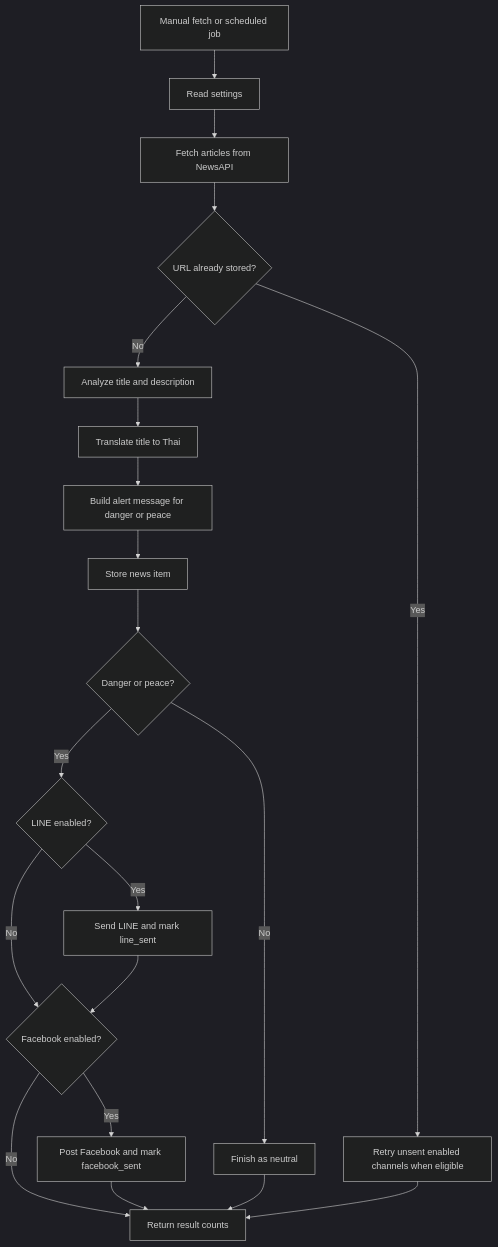
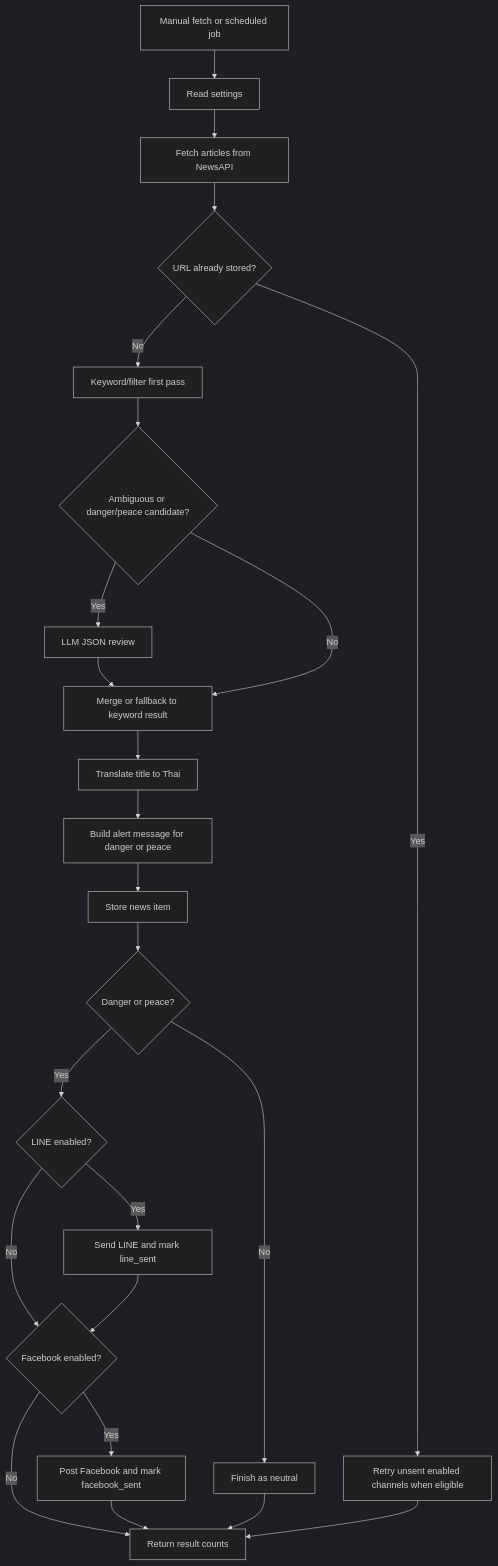
One commit to githubsupakron/war-alert-bot changed the third of 3 diagrams in docs/3_design document.md. Above: the diagram before and after it, drawn with Mermaid (dark theme). The commit also changed other lines of this file and 21 other files, not shown here.

````diff
--- a/docs/3_design document.md
+++ b/docs/3_design document.md
@@ -76,22 +78,26 @@
 ```mermaid
 flowchart TD
     A["Manual fetch or scheduled job"] --> B["Read settings"]
     B --> C["Fetch articles from NewsAPI"]
     C --> D{"URL already stored?"}
     D -- Yes --> E["Retry unsent enabled channels when eligible"]
-    D -- No --> F["Analyze title and description"]
-    F --> G["Translate title to Thai"]
+    D -- No --> F["Keyword/filter first pass"]
+    F --> F2{"Ambiguous or danger/peace candidate?"}
+    F2 -- Yes --> F3["LLM JSON review"]
+    F3 --> F4["Merge or fallback to keyword result"]
+    F2 -- No --> F4
+    F4 --> G["Translate title to Thai"]
     G --> H["Build alert message for danger or peace"]
     H --> I["Store news item"]
     I --> J{"Danger or peace?"}
     J -- No --> K["Finish as neutral"]
     J -- Yes --> L{"LINE enabled?"}
     L -- Yes --> M["Send LINE and mark line_sent"]
     L -- No --> N{"Facebook enabled?"}
     M --> N
     N -- Yes --> O["Post Facebook and mark facebook_sent"]
     N -- No --> P["Return result counts"]
     O --> P
     K --> P
     E --> P
 ```
````
